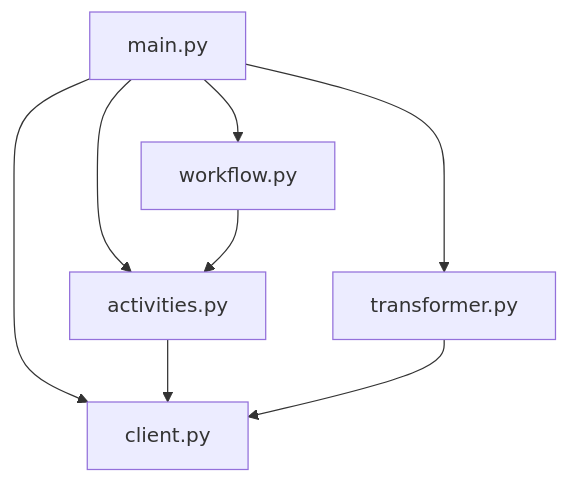
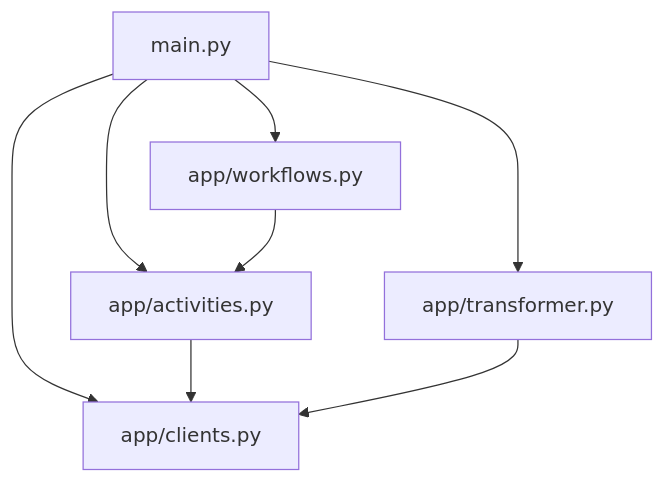
One commit to atlanhq/atlan-sample-apps changed the diagram in mysql/README.md. Above: the diagram before and after it, drawn with Mermaid. The commit also changed other lines of this file and 11 other files, not shown here.

````diff
--- a/mysql/README.md
+++ b/mysql/README.md
@@ -51,10 +51,10 @@
 ```mermaid
 graph TD
-    A[main.py] --> B[workflow.py]
-    A --> C[activities.py]
-    A --> D[transformer.py]
-    A --> E[client.py]
+    A[main.py] --> B[app/workflows.py]
+    A --> C[app/activities.py]
+    A --> D[app/transformer.py]
+    A --> E[app/clients.py]
     B --> C
     C --> E
     D --> E
 ```
````
